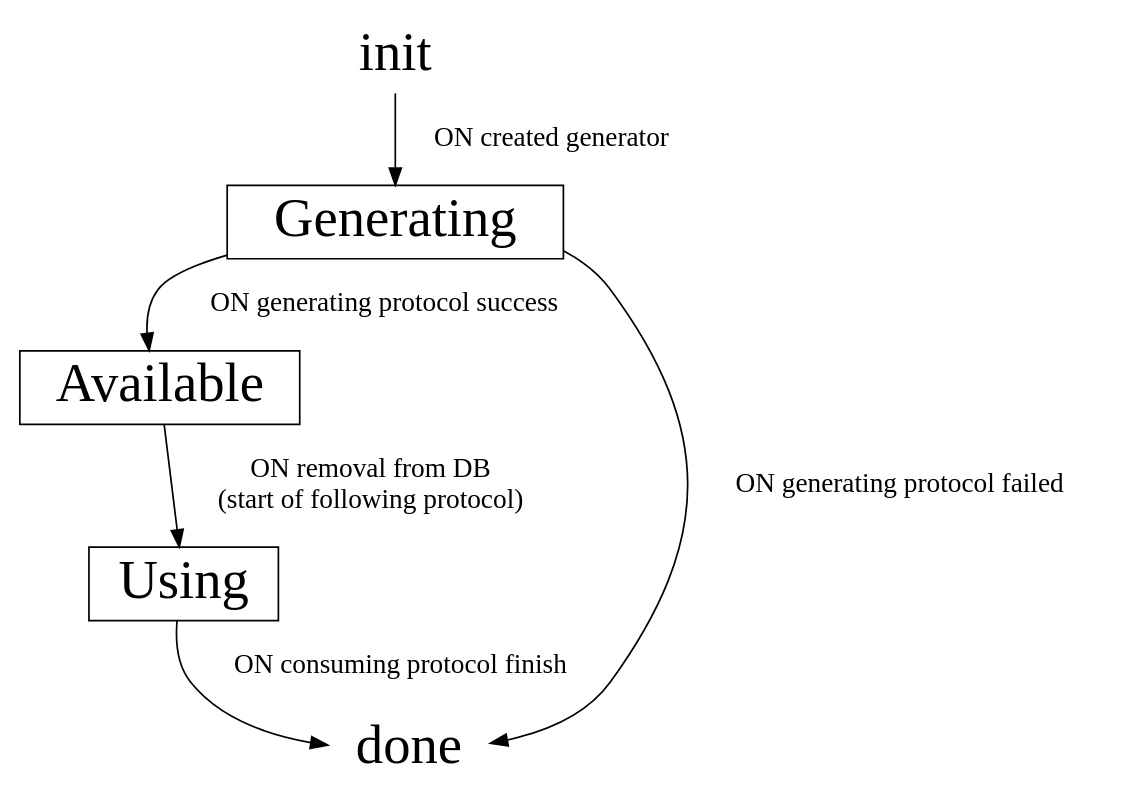
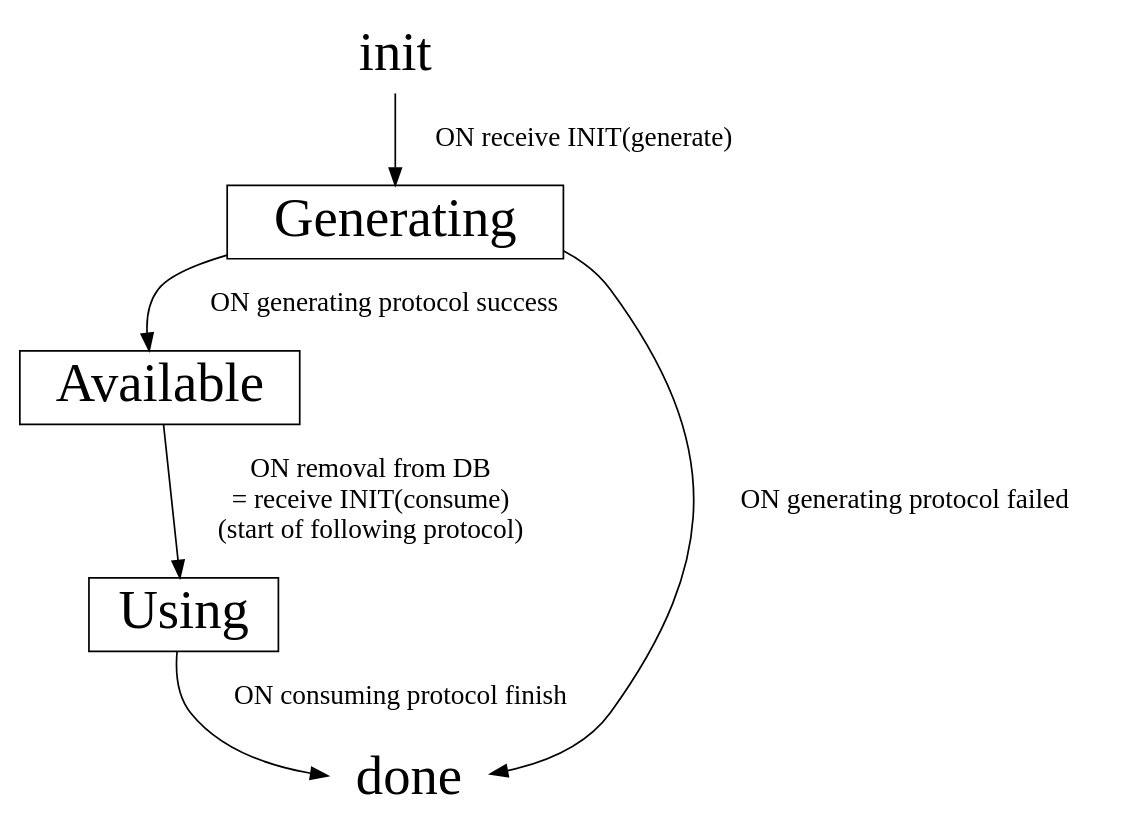
One commit to sig-net/mpc changed the diagram in doc/graphs/p_and_t_states.dot. Above: the diagram before and after it, drawn with Graphviz. The commit also changed 2 other files, not shown here.

```diff
--- a/doc/graphs/p_and_t_states.dot
+++ b/doc/graphs/p_and_t_states.dot
@@ -1,21 +1,21 @@
 // Pre-signatures and Triple states
 digraph {
     node [fontsize=32 shape=box]
     edge [fontsize=16]
 
     init [label=init shape=none]
     generating [label=Generating]
     available [label=Available]
     using [label=Using]
     done [label=done shape=none]
 
 
-    init -> generating [label="ON created generator"]
+    init -> generating [label="ON receive INIT(generate)"]
 
     generating -> available [label="ON generating protocol success"]
     generating -> done [label="ON generating protocol failed"]
 
-    available -> using [label="ON removal from DB\n(start of following protocol)"]
+    available -> using [label="ON removal from DB\n= receive INIT(consume)\n(start of following protocol)"]
 
     using -> done [label="ON consuming protocol finish"]
 }
```
